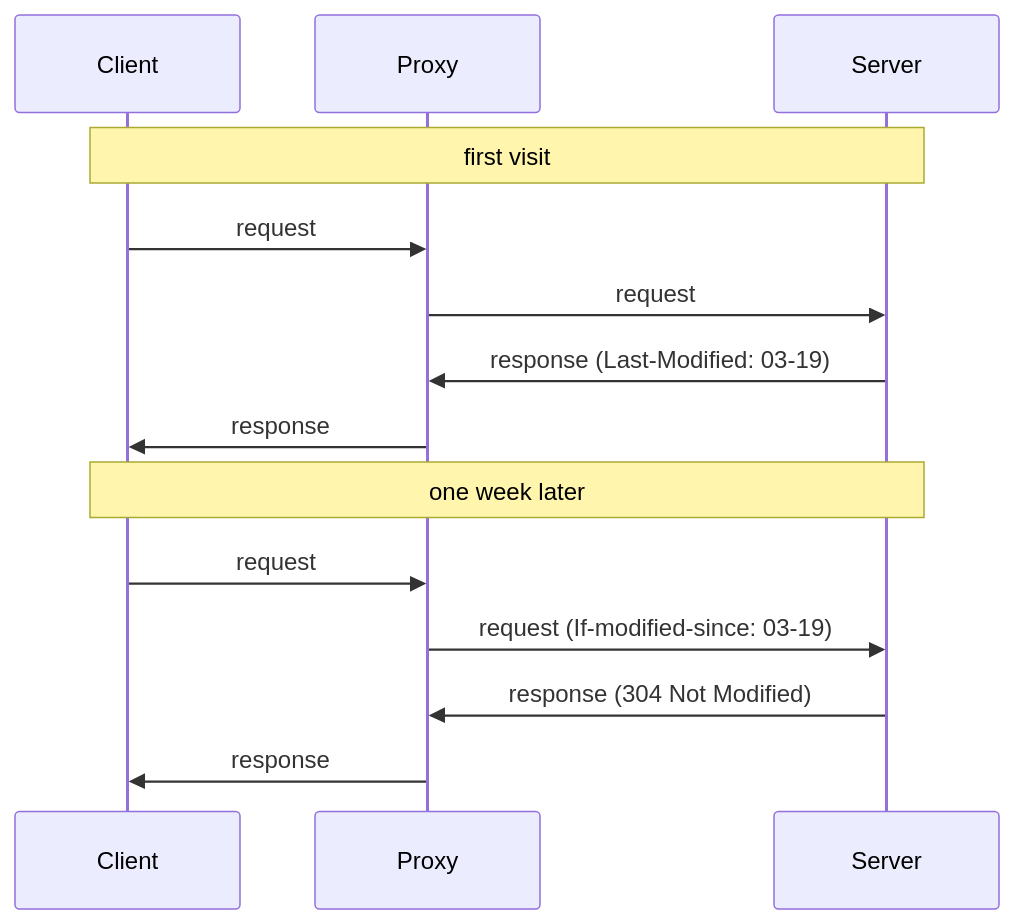
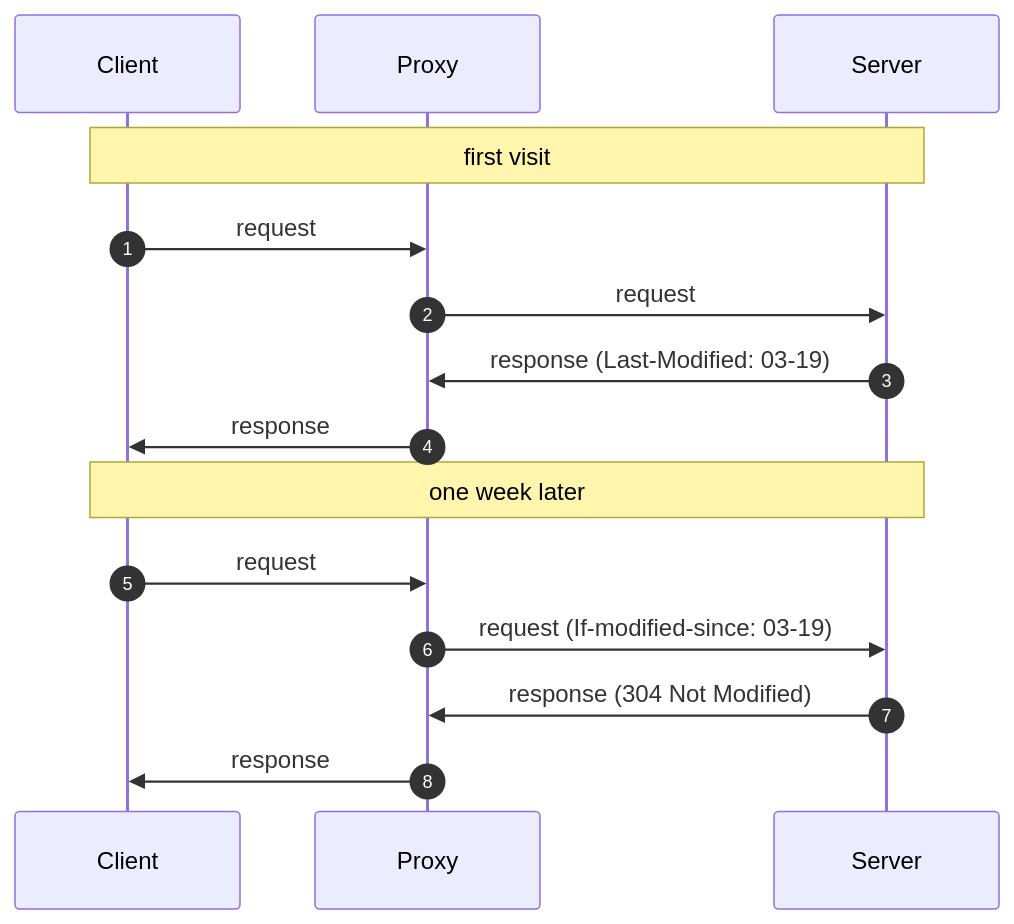
One commit to wdyjwdy/notes changed the fifth of 5 diagrams in network/http.md. Above: the diagram before and after it, drawn with Mermaid.

Commit message:
Add autonumber to conditional GET sequence diagram

````diff
--- a/network/http.md
+++ b/network/http.md
@@ -143,16 +142,17 @@
 ```mermaid
 sequenceDiagram
+  autonumber
   participant Client
   participant Proxy
   participant Server
   Note over Client, Server: first visit
   Client ->> Proxy: request
   Proxy ->> Server: request
   Server ->> Proxy: response (Last-Modified: 03-19)
   Proxy ->> Client: response
   Note over Client, Server: one week later
   Client ->> Proxy: request
   Proxy ->> Server: request (If-modified-since: 03-19)
   Server ->> Proxy: response (304 Not Modified)
   Proxy ->> Client: response
 ```
````
